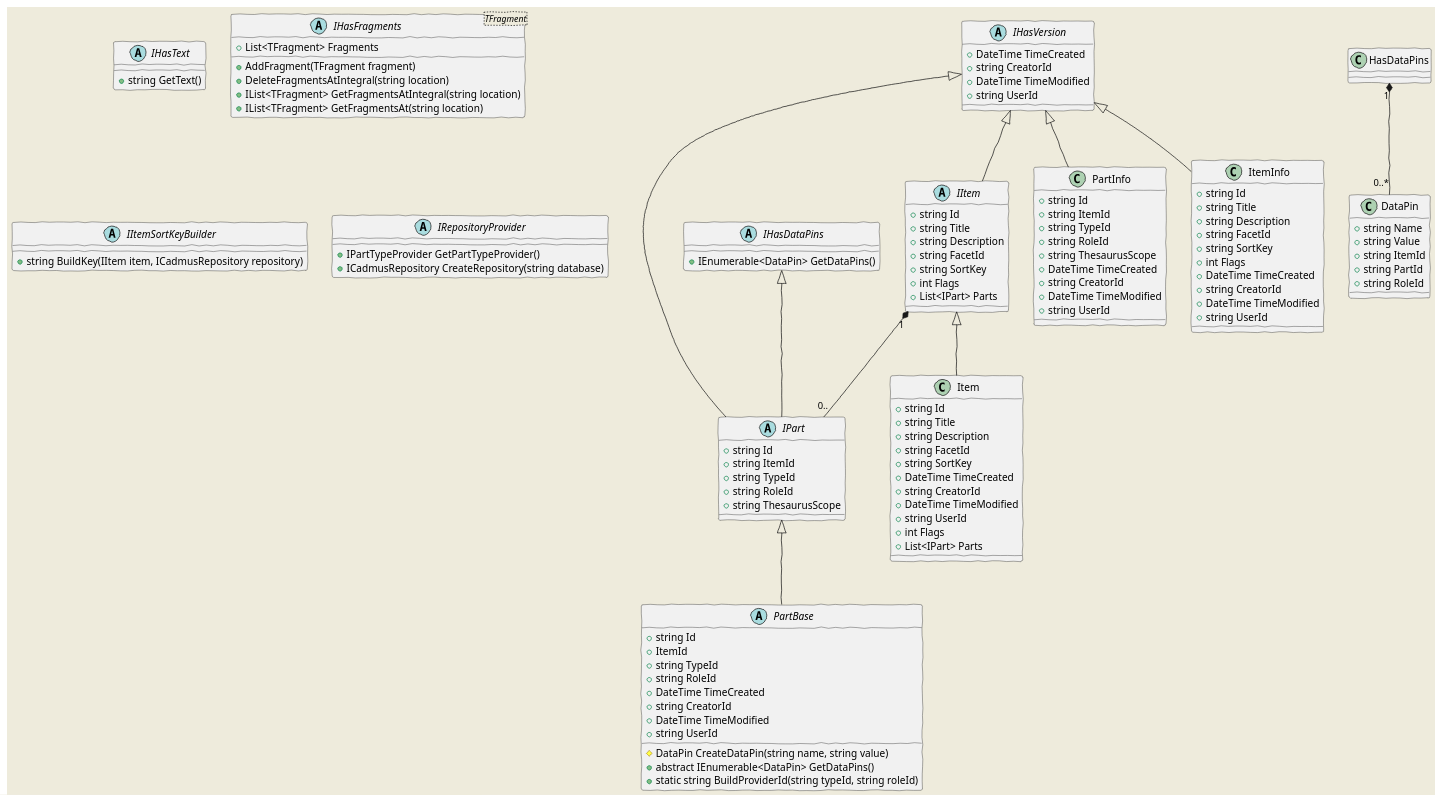
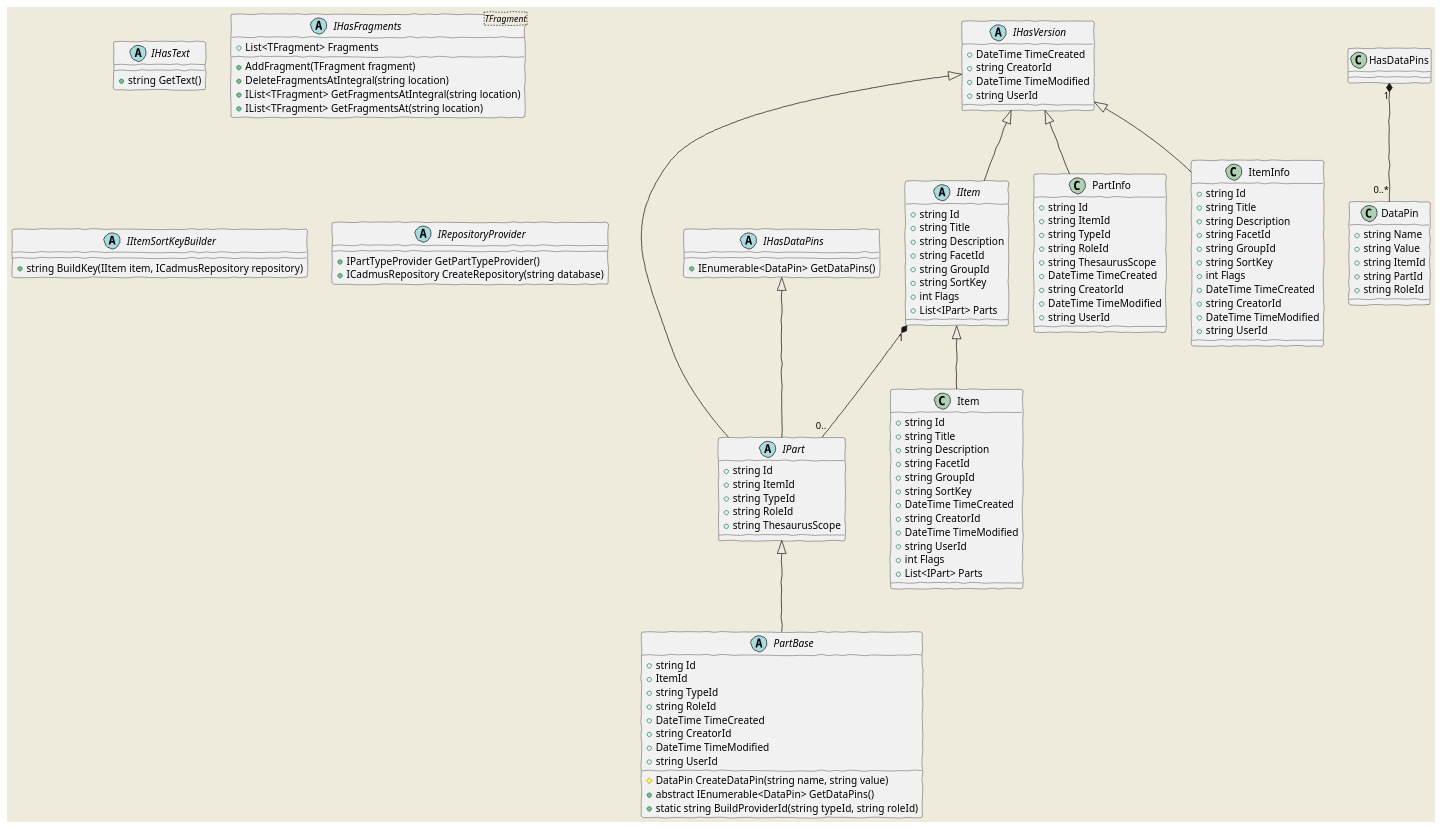
One commit to vedph/cadmus_core changed the first of 4 diagrams in Doc/core.md. Above: the diagram before and after it, drawn with PlantUML. The commit also changed other lines of this file and 24 other files, not shown here.

Commit message:
Added group ID to item metadata

```diff
--- a/Doc/core.md
+++ b/Doc/core.md
@@ -71,6 +71,7 @@
     IItem : +string Title
     IItem : +string Description
     IItem : +string FacetId
+    IItem : +string GroupId
     IItem : +string SortKey
     IItem : +int Flags
     IItem : +List<IPart> Parts
@@ -99,6 +100,7 @@
     ItemInfo : +string Title
     ItemInfo : +string Description
     ItemInfo : +string FacetId
+    ItemInfo : +string GroupId
     ItemInfo : +string SortKey
     ItemInfo : +int Flags
     ItemInfo : +DateTime TimeCreated
@@ -111,6 +113,7 @@
     Item : +string Title
     Item : +string Description
     Item : +string FacetId
+    Item : +string GroupId
     Item : +string SortKey
     Item : +DateTime TimeCreated
     Item : +string CreatorId
```
